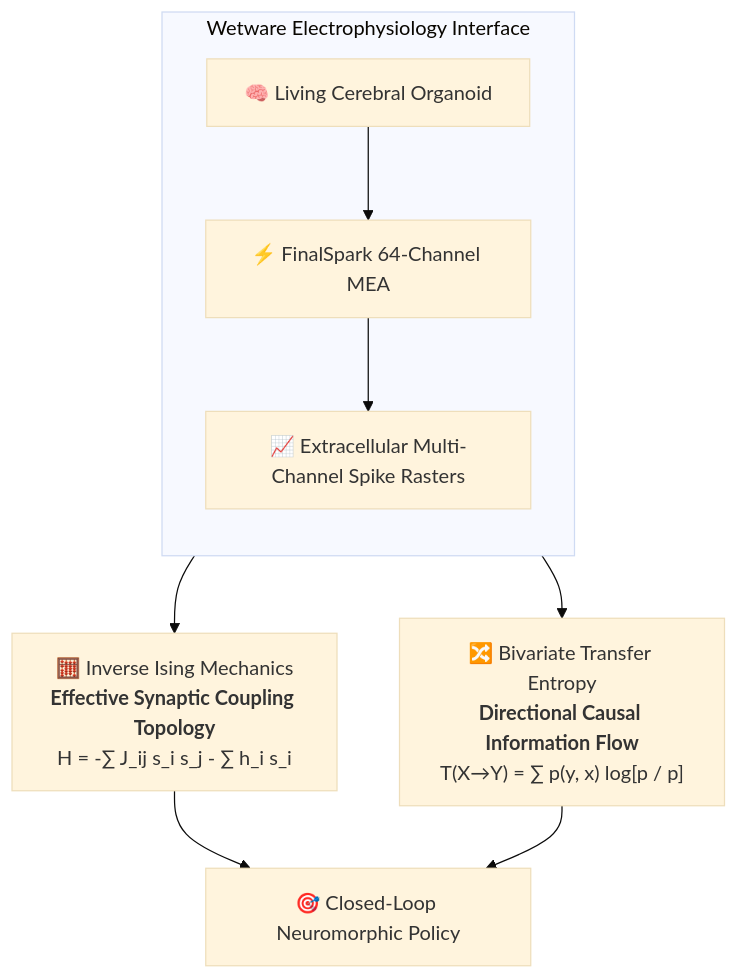
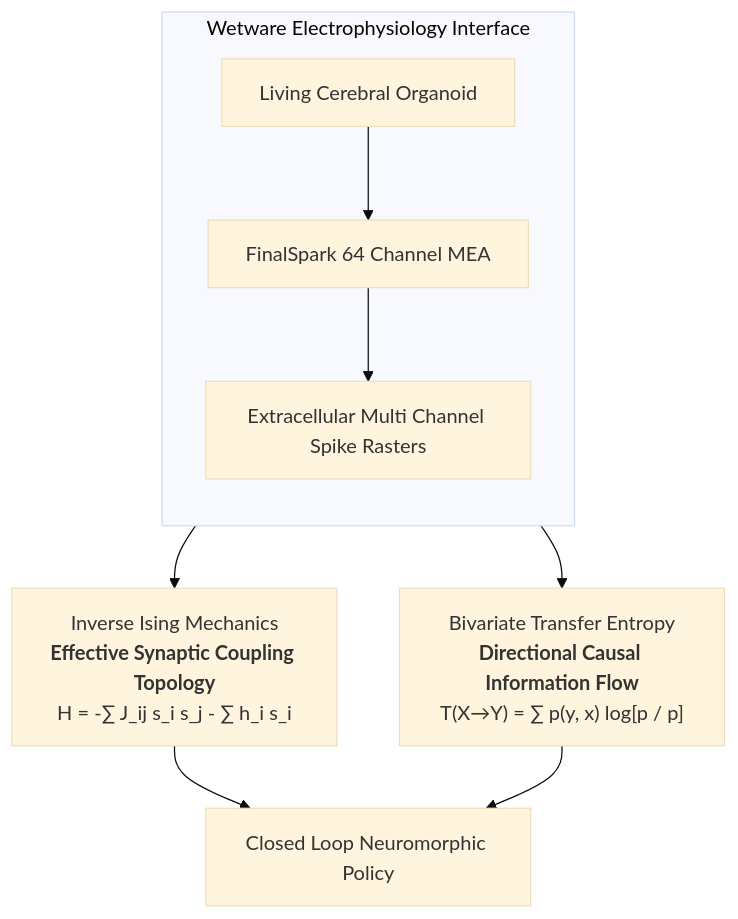
The diagram in README.md (Anikesh0415/Biological-AI-Core), drawn with Mermaid (base theme) before and after one commit. The commit also changed other lines of this file, not shown here.

````diff
--- a/README.md
+++ b/README.md
@@ -19,14 +19,14 @@
 ```mermaid
 flowchart TD
     subgraph Acquisition ["Wetware Electrophysiology Interface"]
         direction TB
-        A["🧠 Living Cerebral Organoid"] --> B["⚡ FinalSpark 64-Channel MEA"]
-        B --> C["📈 Extracellular Multi-Channel Spike Rasters"]
+        A["Living Cerebral Organoid"] --> B["FinalSpark 64 Channel MEA"]
+        B --> C["Extracellular Multi Channel Spike Rasters"]
     end
 
-    C --> D["🧮 Inverse Ising Mechanics<br/><b>Effective Synaptic Coupling Topology</b><br/>H = -∑ J_ij s_i s_j - ∑ h_i s_i"]
-    C --> E["🔀 Bivariate Transfer Entropy<br/><b>Directional Causal Information Flow</b><br/>T(X→Y) = ∑ p(y, x) log[p / p]"]
+    C --> D["Inverse Ising Mechanics<br/><b>Effective Synaptic Coupling Topology</b><br/>H = -∑ J_ij s_i s_j - ∑ h_i s_i"]
+    C --> E["Bivariate Transfer Entropy<br/><b>Directional Causal Information Flow</b><br/>T(X→Y) = ∑ p(y, x) log[p / p]"]
 
-    D --> F["🎯 Closed-Loop Neuromorphic Policy"]
+    D --> F["Closed Loop Neuromorphic Policy"]
     E --> F
 ```
````
